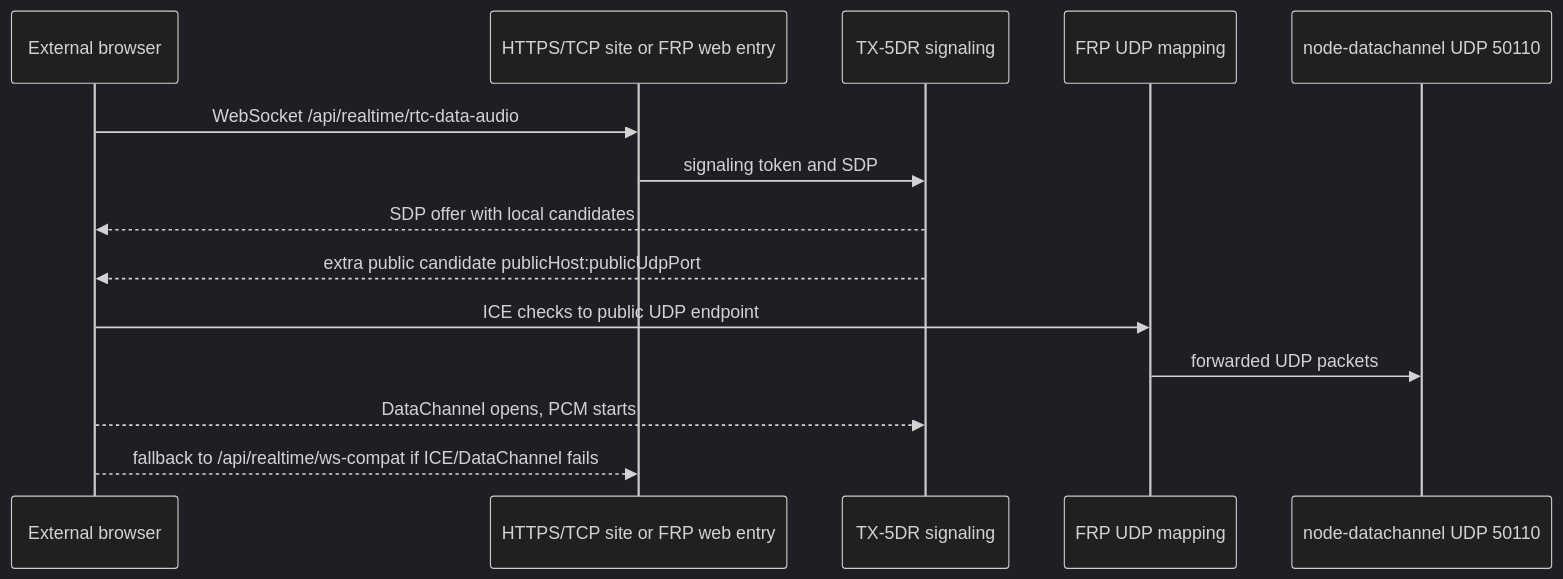
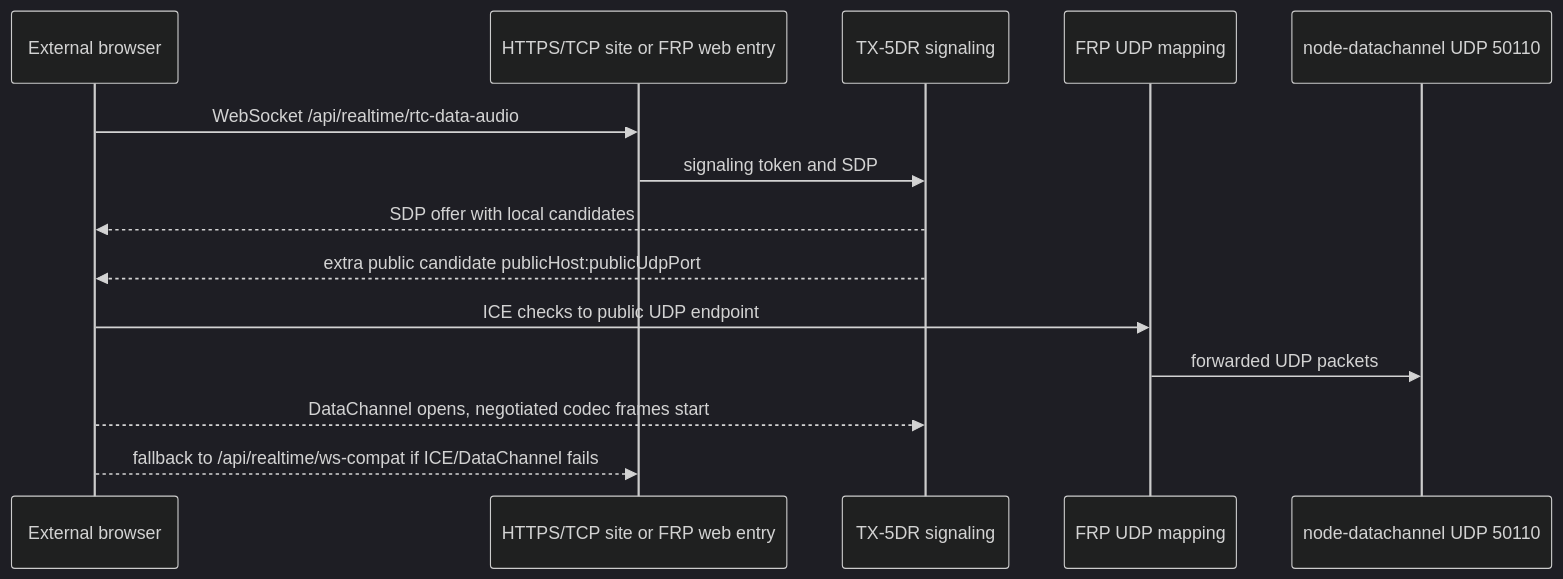
One commit to boybook/tx-5dr changed the second of 3 diagrams in docs/realtime-audio-architecture.md. Above: the diagram before and after it, drawn with Mermaid (dark theme). The commit also changed other lines of this file and 37 other files, not shown here.

````diff
--- a/docs/realtime-audio-architecture.md
+++ b/docs/realtime-audio-architecture.md
@@ -64,17 +78,17 @@
 ```mermaid
 sequenceDiagram
   participant Browser as External browser
   participant Web as HTTPS/TCP site or FRP web entry
   participant Server as TX-5DR signaling
   participant UDP as FRP UDP mapping
   participant RTC as node-datachannel UDP 50110
 
   Browser->>Web: WebSocket /api/realtime/rtc-data-audio
   Web->>Server: signaling token and SDP
   Server-->>Browser: SDP offer with local candidates
   Server-->>Browser: extra public candidate publicHost:publicUdpPort
   Browser->>UDP: ICE checks to public UDP endpoint
   UDP->>RTC: forwarded UDP packets
-  Browser-->>Server: DataChannel opens, PCM starts
+  Browser-->>Server: DataChannel opens, negotiated codec frames start
   Browser-->>Web: fallback to /api/realtime/ws-compat if ICE/DataChannel fails
 ```
````
